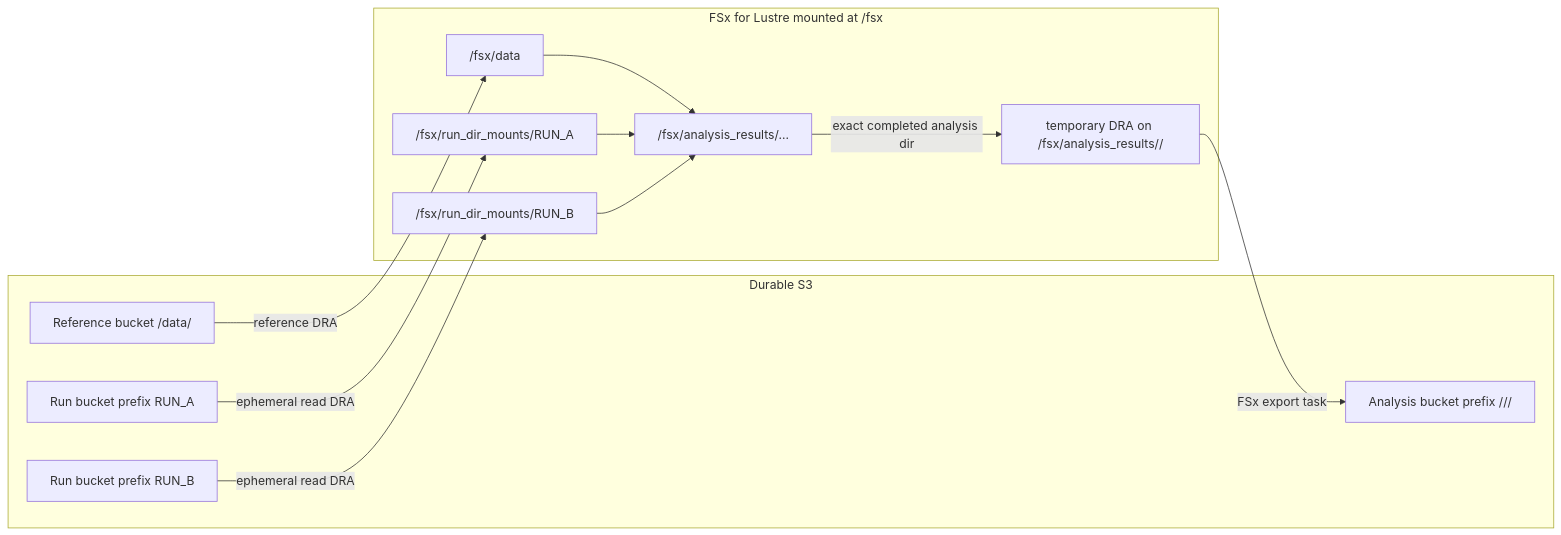
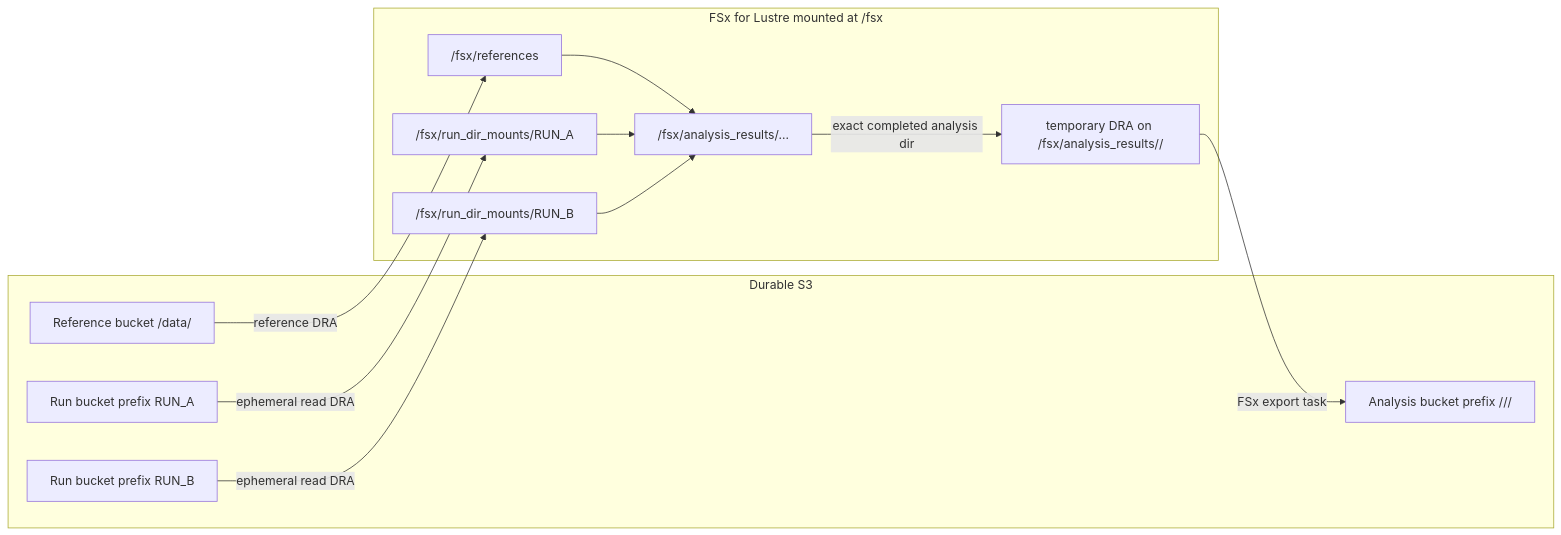
One commit to Daylily-Informatics/daylily-ephemeral-cluster changed the second of 3 diagrams in docs/dra_fsx_strategy.md. Above: the diagram before and after it, drawn with Mermaid. The commit also changed other lines of this file and 162 other files, not shown here.

````diff
--- a/docs/dra_fsx_strategy.md
+++ b/docs/dra_fsx_strategy.md
@@ -48,26 +48,26 @@
 ```mermaid
 flowchart LR
   subgraph S3["Durable S3"]
     Ref["Reference bucket /data/"]
     RunA["Run bucket prefix RUN_A"]
     RunB["Run bucket prefix RUN_B"]
     Analysis["Analysis bucket prefix /<executing_entity>/<analysis_id>/"]
   end
 
   subgraph Lustre["FSx for Lustre mounted at /fsx"]
-    Data["/fsx/data"]
+    Data["/fsx/references"]
     MntA["/fsx/run_dir_mounts/RUN_A"]
     MntB["/fsx/run_dir_mounts/RUN_B"]
     Results["/fsx/analysis_results/..."]
     Export["temporary DRA on /fsx/analysis_results/<executing_entity>/<analysis_id>"]
   end
 
   Ref -->|reference DRA| Data
   RunA -->|ephemeral read DRA| MntA
   RunB -->|ephemeral read DRA| MntB
   Data --> Results
   MntA --> Results
   MntB --> Results
   Results -->|exact completed analysis dir| Export
   Export -->|FSx export task| Analysis
 ```
````
